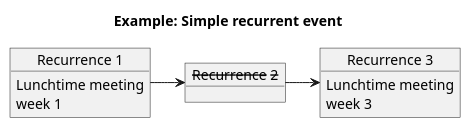
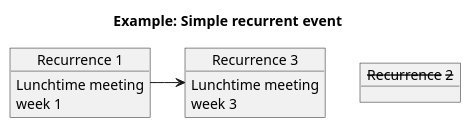
One commit to CalConnect/DEVGUIDE changed the third of 3 diagrams in Recurrences.md. Above: the diagram before and after it, drawn with PlantUML. The commit also changed other lines of this file, not shown here.

Commit message:
improve plantuml graphs

```diff
--- a/Recurrences.md
+++ b/Recurrences.md
@@ -112,16 +116,18 @@
 @startuml
 title Example: Simple recurrent event
 
-object "Recurrence 1" as r1
-object "--Recurrence-- --2--" as r2
-object "Recurrence 3“ as r3
+object "Recurrence 1" as r1 {
+  Lunchtime meeting
+  week 1
+}
 
-r1 : Lunchtime meeting
-r1 : week 1
-r3 : Lunchtime meeting
-r3 : week 3
+object "--Recurrence-- --2--" as r2 {
+}
 
-r1 -right-> r2
-r2 -right-> r3 
+object "Recurrence 3“ as r3 {
+  Lunchtime meeting
+  week 3
+}
 
+r1 -right-> r3
 @enduml
```
